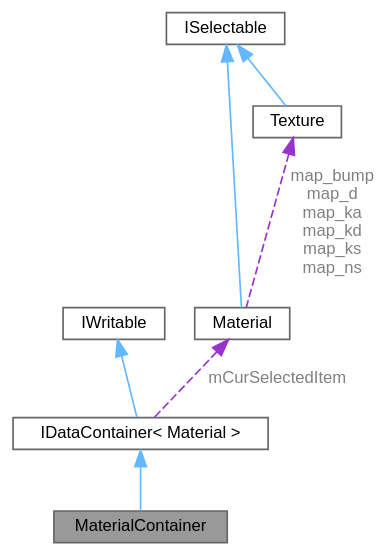
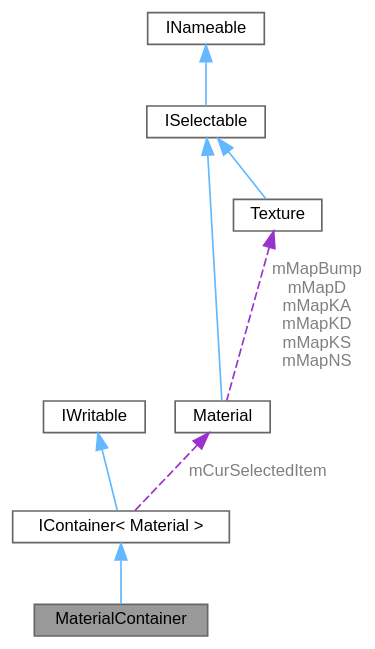
One commit to BlankMat/BlankMat changed the diagram in docs/class_material_container__coll__graph.dot. Above: the diagram before and after it, drawn with Graphviz. The commit also changed 457 other files, not shown here.

```diff
--- a/docs/class_material_container__coll__graph.dot
+++ b/docs/class_material_container__coll__graph.dot
@@ -1,19 +1,21 @@
 digraph "MaterialContainer"
 {
  // LATEX_PDF_SIZE
   bgcolor="transparent";
   edge [fontname=Helvetica,fontsize=10,labelfontname=Helvetica,labelfontsize=10];
   node [fontname=Helvetica,fontsize=10,shape=box,height=0.2,width=0.4];
   Node1 [id="Node000001",label="MaterialContainer",height=0.2,width=0.4,color="gray40", fillcolor="grey60", style="filled", fontcolor="black",tooltip=" "];
   Node2 -> Node1 [id="edge1_Node000001_Node000002",dir="back",color="steelblue1",style="solid",tooltip=" "];
-  Node2 [id="Node000002",label="IDataContainer\< Material \>",height=0.2,width=0.4,color="gray40", fillcolor="white", style="filled",URL="$class_i_data_container.html",tooltip=" "];
+  Node2 [id="Node000002",label="IContainer\< Material \>",height=0.2,width=0.4,color="gray40", fillcolor="white", style="filled",URL="$class_i_container.html",tooltip=" "];
   Node3 -> Node2 [id="edge2_Node000002_Node000003",dir="back",color="steelblue1",style="solid",tooltip=" "];
   Node3 [id="Node000003",label="IWritable",height=0.2,width=0.4,color="gray40", fillcolor="white", style="filled",URL="$class_i_writable.html",tooltip=" "];
   Node4 -> Node2 [id="edge3_Node000002_Node000004",dir="back",color="darkorchid3",style="dashed",tooltip=" ",label=" mCurSelectedItem",fontcolor="grey" ];
   Node4 [id="Node000004",label="Material",height=0.2,width=0.4,color="gray40", fillcolor="white", style="filled",URL="$class_material.html",tooltip="Class that stores all texture and render information for a material."];
   Node5 -> Node4 [id="edge4_Node000004_Node000005",dir="back",color="steelblue1",style="solid",tooltip=" "];
   Node5 [id="Node000005",label="ISelectable",height=0.2,width=0.4,color="gray40", fillcolor="white", style="filled",URL="$class_i_selectable.html",tooltip="Interface for all items that can be selected to be viewed in the inspector."];
-  Node6 -> Node4 [id="edge5_Node000004_Node000006",dir="back",color="darkorchid3",style="dashed",tooltip=" ",label=" map_bump\nmap_d\nmap_ka\nmap_kd\nmap_ks\nmap_ns",fontcolor="grey" ];
-  Node6 [id="Node000006",label="Texture",height=0.2,width=0.4,color="gray40", fillcolor="white", style="filled",URL="$struct_texture.html",tooltip="A structure that stores a texture file that has been read into the OpenGL context."];
-  Node5 -> Node6 [id="edge6_Node000006_Node000005",dir="back",color="steelblue1",style="solid",tooltip=" "];
+  Node6 -> Node5 [id="edge5_Node000005_Node000006",dir="back",color="steelblue1",style="solid",tooltip=" "];
+  Node6 [id="Node000006",label="INameable",height=0.2,width=0.4,color="gray40", fillcolor="white", style="filled",URL="$class_i_nameable.html",tooltip="An object that keeps track of its name and scope."];
+  Node7 -> Node4 [id="edge6_Node000004_Node000007",dir="back",color="darkorchid3",style="dashed",tooltip=" ",label=" mMapBump\nmMapD\nmMapKA\nmMapKD\nmMapKS\nmMapNS",fontcolor="grey" ];
+  Node7 [id="Node000007",label="Texture",height=0.2,width=0.4,color="gray40", fillcolor="white", style="filled",URL="$struct_texture.html",tooltip="A structure that stores a texture file that has been read into the OpenGL context."];
+  Node5 -> Node7 [id="edge7_Node000007_Node000005",dir="back",color="steelblue1",style="solid",tooltip=" "];
 }
```
